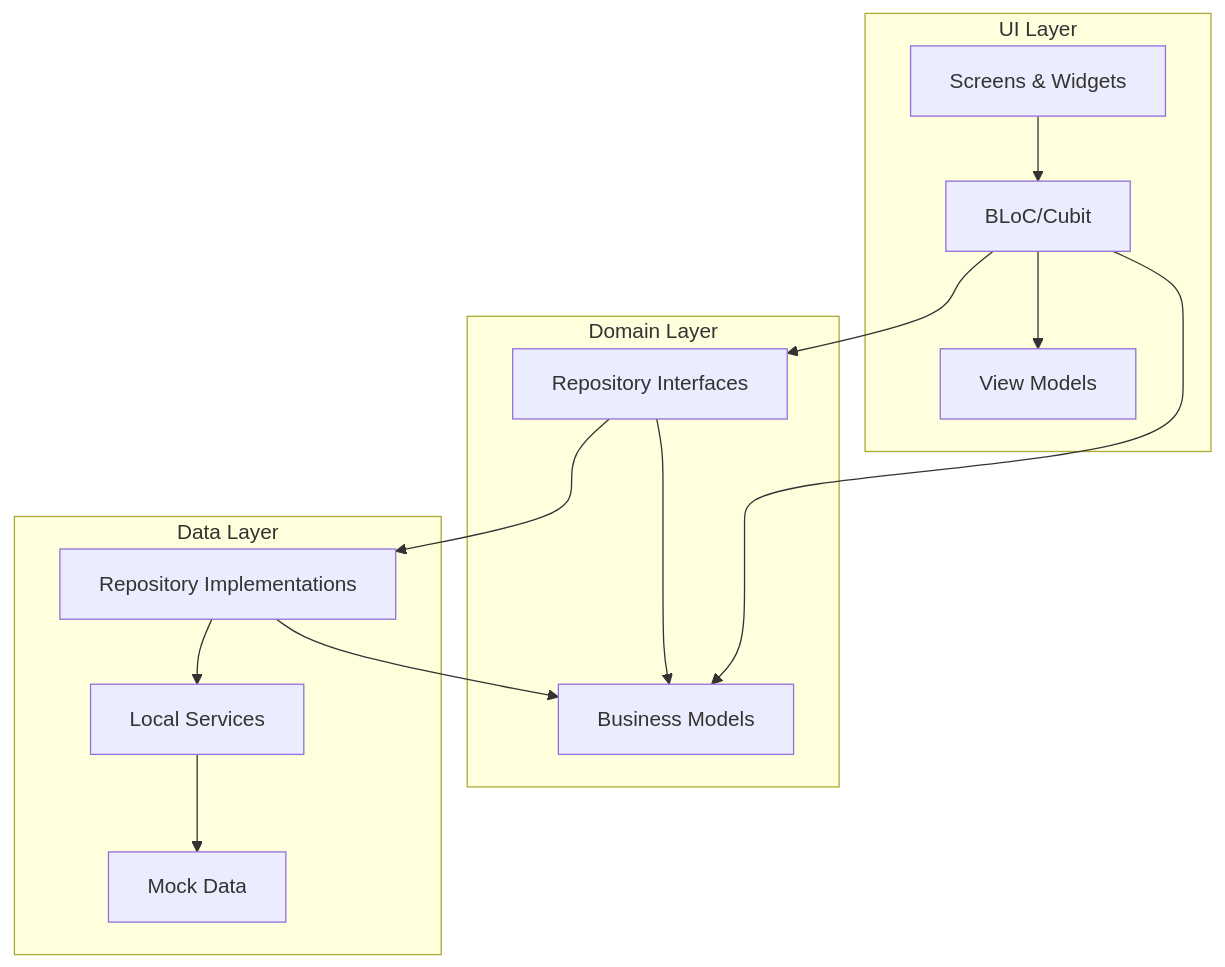
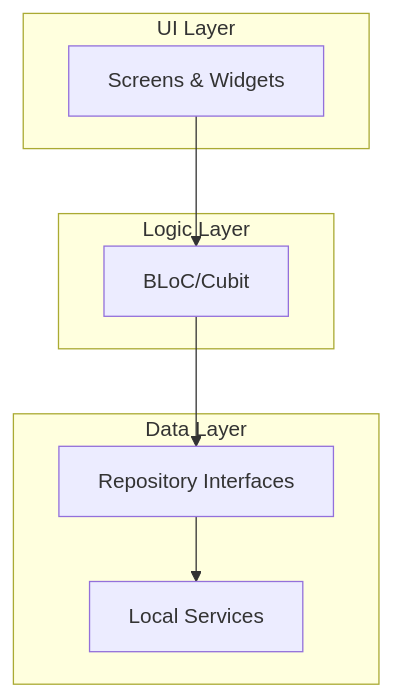
One commit to peerasak-u/taskcy changed the first of 2 diagrams in README.md. Above: the diagram before and after it, drawn with Mermaid. The commit also changed other lines of this file, not shown here.

Commit message:
doc: update diagram

````diff
--- a/README.md
+++ b/README.md
@@ -26,30 +26,19 @@
 ```mermaid
 graph TB
     subgraph "UI Layer"
         A[Screens & Widgets]
-        B[BLoC/Cubit]
-        C[View Models]
     end
 
-    subgraph "Domain Layer"
-        D[Business Models]
-        E[Repository Interfaces]
+    subgraph "Logic Layer"
+        B[BLoC/Cubit]
     end
 
     subgraph "Data Layer"
-        G[Repository Implementations]
+        E[Repository Interfaces]
         H[Local Services]
-        I[Mock Data]
     end
 
     A --> B
-    B --> C
     B --> E
-    E --> G
-    G --> H
-    H --> I
-
-    B --> D
-    E --> D
-    G --> D
+    E --> H
 ```
````
